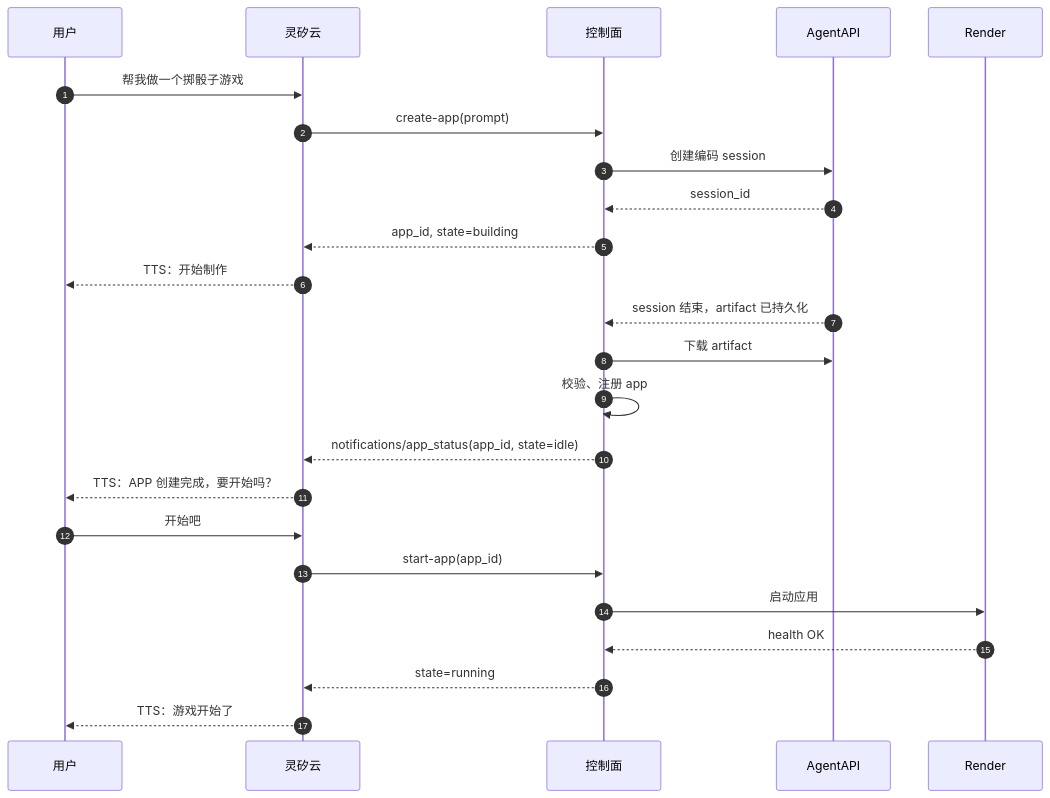
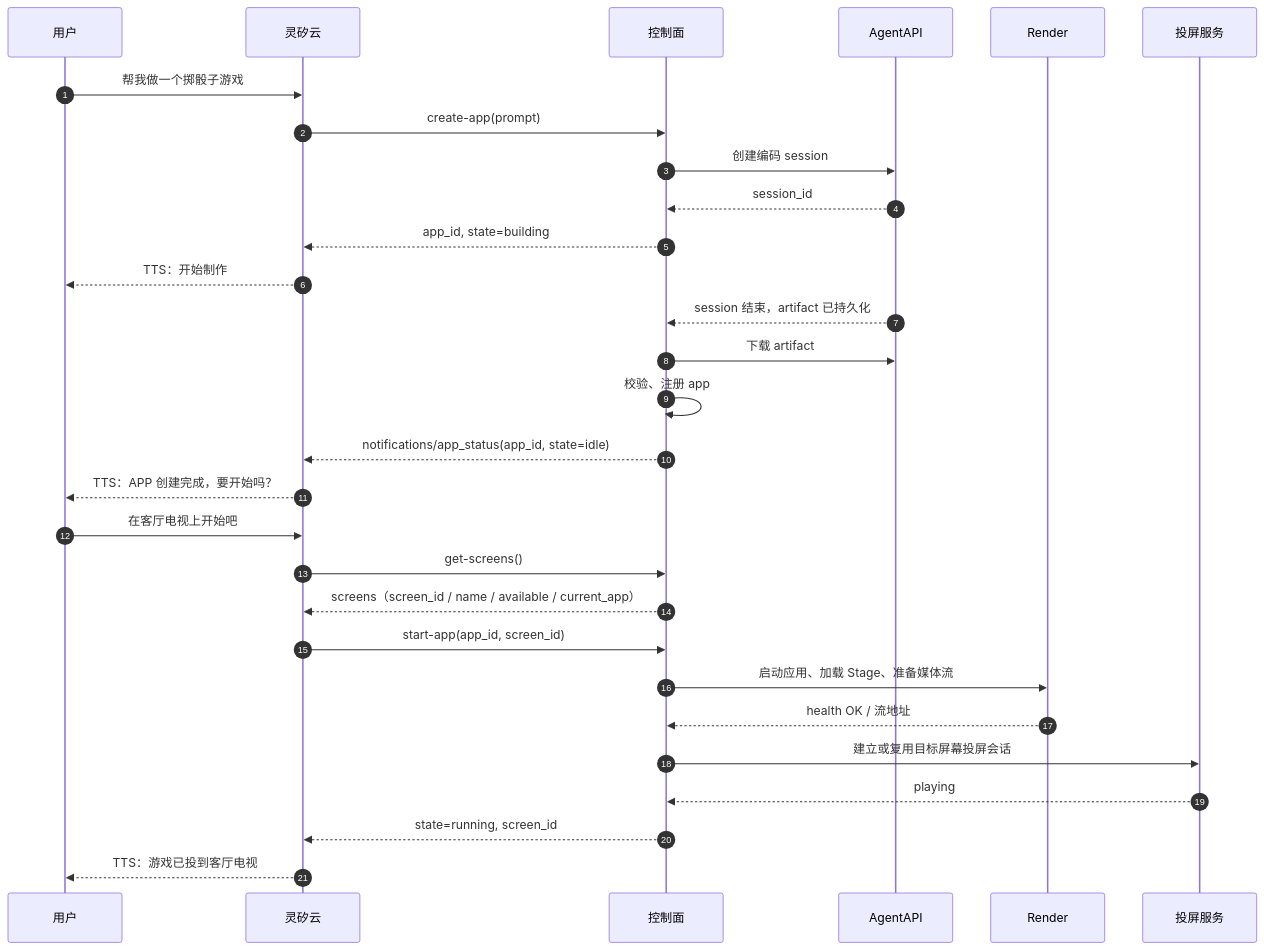
The second of 2 diagrams in docs/architecture.md (open-anywhere/open-anywhere), drawn with Mermaid before and after one commit. The commit also changed other lines of this file, not shown here.

````diff
--- a/docs/architecture.md
+++ b/docs/architecture.md
@@ -362,29 +396,34 @@
 ```mermaid
 sequenceDiagram
   autonumber
   participant U as 用户
   participant L as 灵矽云
   participant C as 控制面
   participant A as AgentAPI
   participant R as Render
+  participant P as 投屏服务
 
   U->>L: 帮我做一个掷骰子游戏
   L->>C: create-app(prompt)
   C->>A: 创建编码 session
   A-->>C: session_id
   C-->>L: app_id, state=building
   L-->>U: TTS：开始制作
 
   A-->>C: session 结束，artifact 已持久化
   C->>A: 下载 artifact
   C->>C: 校验、注册 app
   C-->>L: notifications/app_status(app_id, state=idle)
   L-->>U: TTS：APP 创建完成，要开始吗？
 
-  U->>L: 开始吧
-  L->>C: start-app(app_id)
-  C->>R: 启动应用
-  R-->>C: health OK
-  C-->>L: state=running
-  L-->>U: TTS：游戏开始了
+  U->>L: 在客厅电视上开始吧
+  L->>C: get-screens()
+  C-->>L: screens（screen_id / name / available / current_app）
+  L->>C: start-app(app_id, screen_id)
+  C->>R: 启动应用、加载 Stage、准备媒体流
+  R-->>C: health OK / 流地址
+  C->>P: 建立或复用目标屏幕投屏会话
+  P-->>C: playing
+  C-->>L: state=running, screen_id
+  L-->>U: TTS：游戏已投到客厅电视
 ```
````
